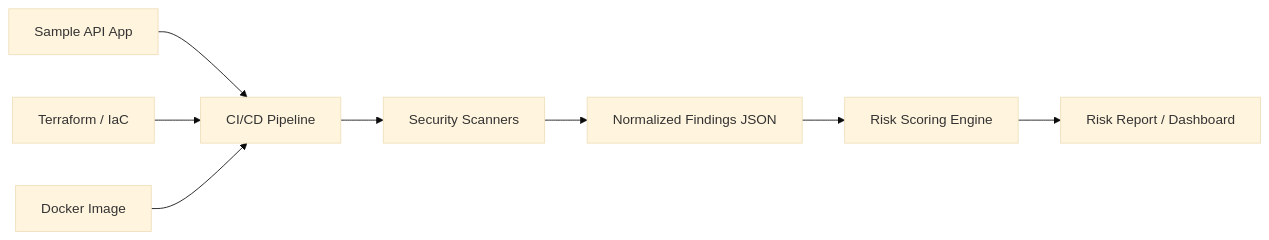
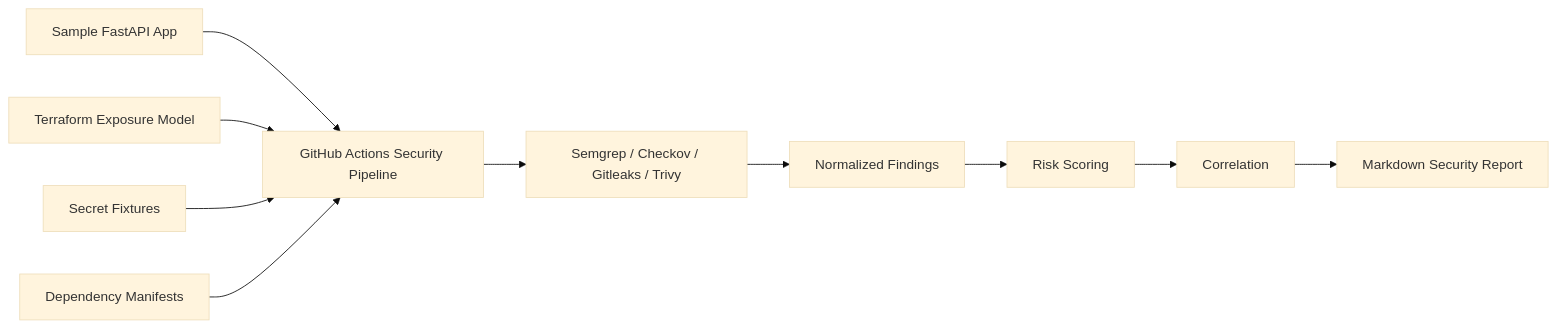
The diagram in README.md (kgrdevv/cloud-appsec-risk-analyzer), drawn with Mermaid (base theme) before and after one commit. The commit also changed other lines of this file, not shown here.

````diff
--- a/README.md
+++ b/README.md
@@ -29,10 +37,12 @@
 ```mermaid
 flowchart LR
-    A["Sample API App"] --> B["CI/CD Pipeline"]
-    C["Terraform / IaC"] --> B
-    D["Docker Image"] --> B
-    B --> E["Security Scanners"]
-    E --> F["Normalized Findings JSON"]
-    F --> G["Risk Scoring Engine"]
-    G --> H["Risk Report / Dashboard"]
+    A["Sample FastAPI App"] --> B["GitHub Actions Security Pipeline"]
+    C["Terraform Exposure Model"] --> B
+    D["Secret Fixtures"] --> B
+    E["Dependency Manifests"] --> B
+    B --> F["Semgrep / Checkov / Gitleaks / Trivy"]
+    F --> G["Normalized Findings"]
+    G --> H["Risk Scoring"]
+    H --> I["Correlation"]
+    I --> J["Markdown Security Report"]
 ```
````
